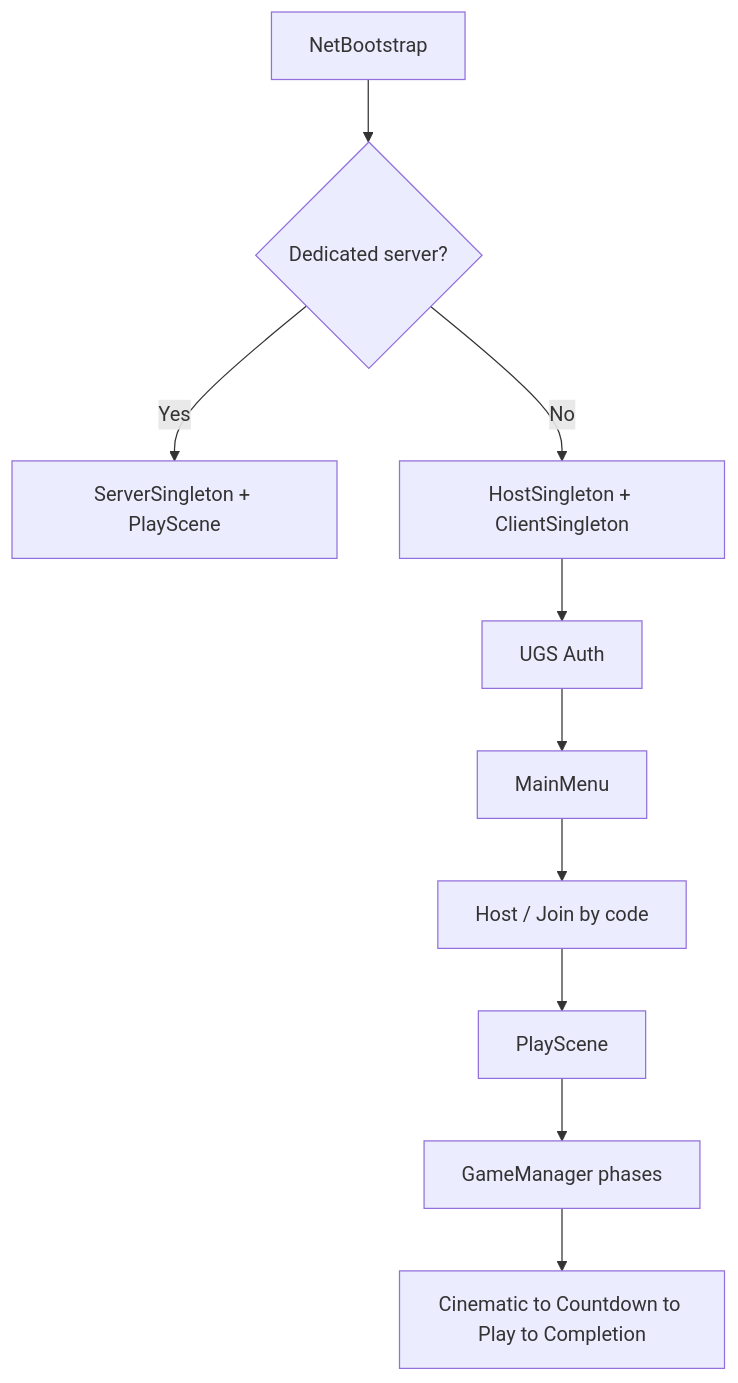
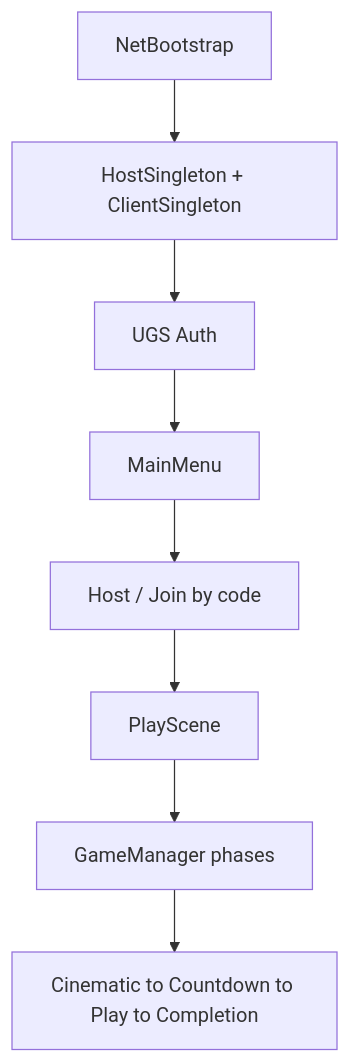
One commit to TimoKuronen/HoverCar-Derby changed the diagram in docs/architecture.md. Above: the diagram before and after it, drawn with Mermaid. The commit also changed other lines of this file and 43 other files, not shown here.

````diff
--- a/docs/architecture.md
+++ b/docs/architecture.md
@@ -50,12 +50,10 @@
 ```mermaid
 flowchart TD
-    A[NetBootstrap] --> B{Dedicated server?}
-    B -->|Yes| C[ServerSingleton + PlayScene]
-    B -->|No| D[HostSingleton + ClientSingleton]
+    A[NetBootstrap] --> D[HostSingleton + ClientSingleton]
     D --> E[UGS Auth]
     E --> F[MainMenu]
     F --> G[Host / Join by code]
     G --> H[PlayScene]
     H --> I[GameManager phases]
     I --> J[Cinematic to Countdown to Play to Completion]
 ```
````
